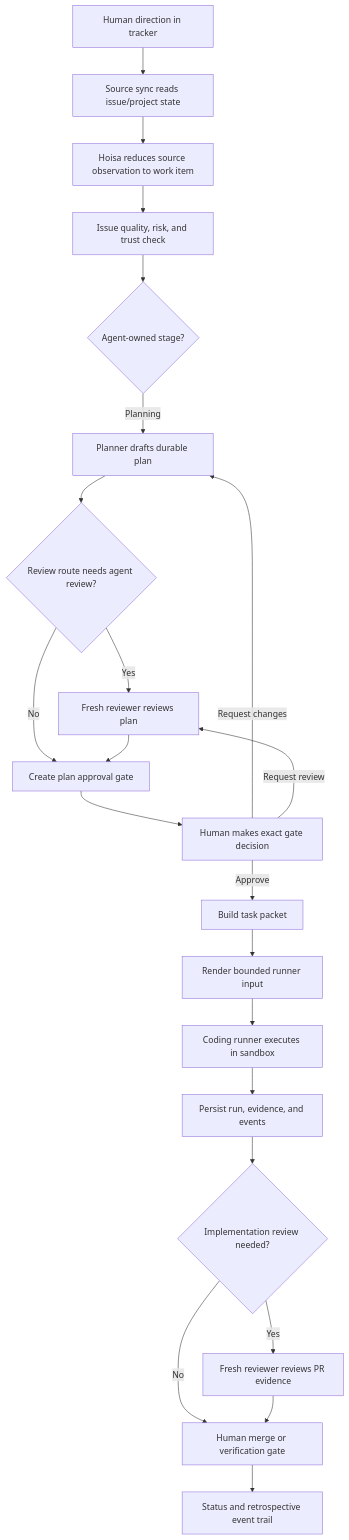
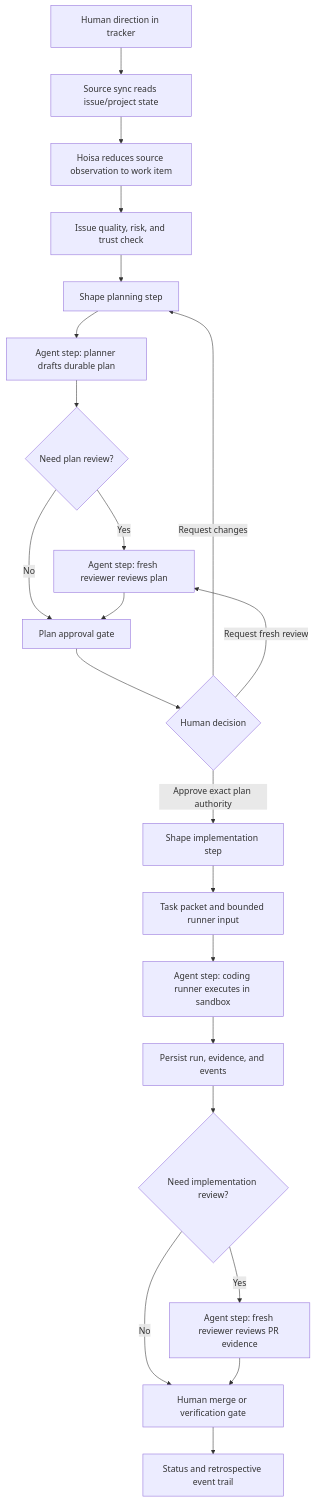
One commit to oryacobi/Hoisa changed the second of 2 diagrams in docs/current-state-and-useful-roadmap.md. Above: the diagram before and after it, drawn with Mermaid. The commit also changed other lines of this file, not shown here.

Commit message:
docs: generalize roadmap work shapes

````diff
--- a/docs/current-state-and-useful-roadmap.md
+++ b/docs/current-state-and-useful-roadmap.md
@@ -373,24 +459,24 @@
 ```mermaid
 flowchart TD
     A["Human direction in tracker"] --> B["Source sync reads issue/project state"]
     B --> C["Hoisa reduces source observation to work item"]
     C --> D["Issue quality, risk, and trust check"]
-    D --> E{"Agent-owned stage?"}
-    E -->|Planning| F["Planner drafts durable plan"]
-    F --> G{"Review route needs agent review?"}
-    G -->|Yes| H["Fresh reviewer reviews plan"]
-    G -->|No| I["Create plan approval gate"]
+    D --> E["Shape planning step"]
+    E --> F["Agent step: planner drafts durable plan"]
+    F --> G{"Need plan review?"}
+    G -->|Yes| H["Agent step: fresh reviewer reviews plan"]
+    G -->|No| I["Plan approval gate"]
     H --> I
-    I --> J["Human makes exact gate decision"]
-    J -->|Approve| K["Build task packet"]
-    J -->|Request changes| F
-    J -->|Request review| H
-    K --> L["Render bounded runner input"]
-    L --> M["Coding runner executes in sandbox"]
+    I --> J{"Human decision"}
+    J -->|Approve exact plan authority| K["Shape implementation step"]
+    J -->|Request changes| E
+    J -->|Request fresh review| H
+    K --> L["Task packet and bounded runner input"]
+    L --> M["Agent step: coding runner executes in sandbox"]
     M --> N["Persist run, evidence, and events"]
-    N --> O{"Implementation review needed?"}
-    O -->|Yes| P["Fresh reviewer reviews PR evidence"]
+    N --> O{"Need implementation review?"}
+    O -->|Yes| P["Agent step: fresh reviewer reviews PR evidence"]
     O -->|No| Q["Human merge or verification gate"]
     P --> Q
     Q --> R["Status and retrospective event trail"]
 ```
````
